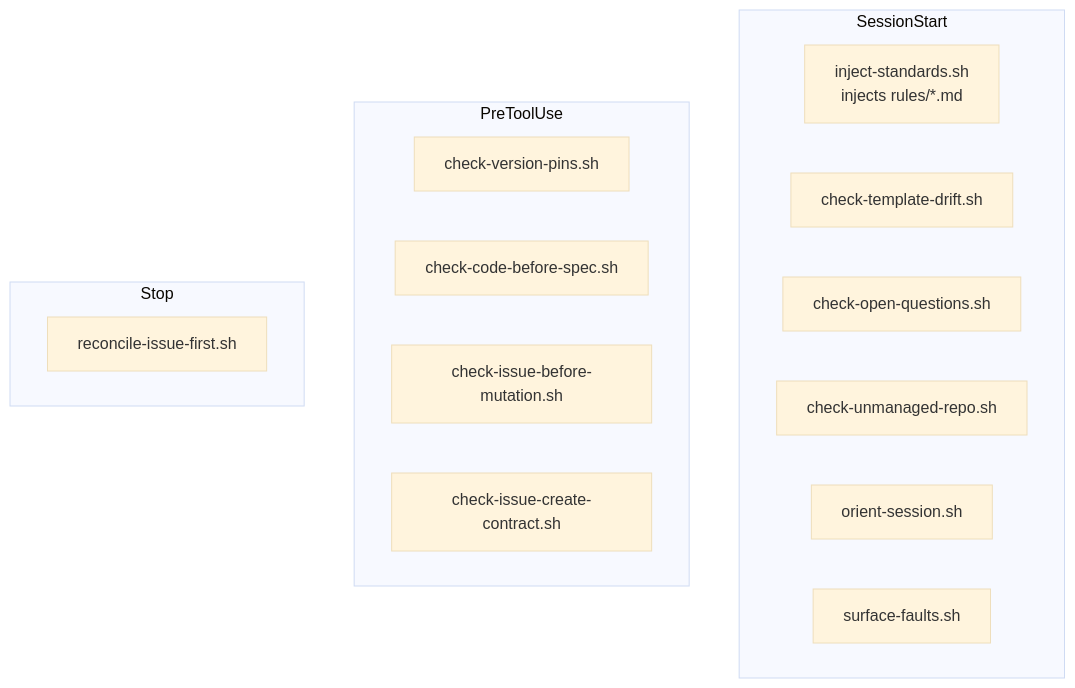
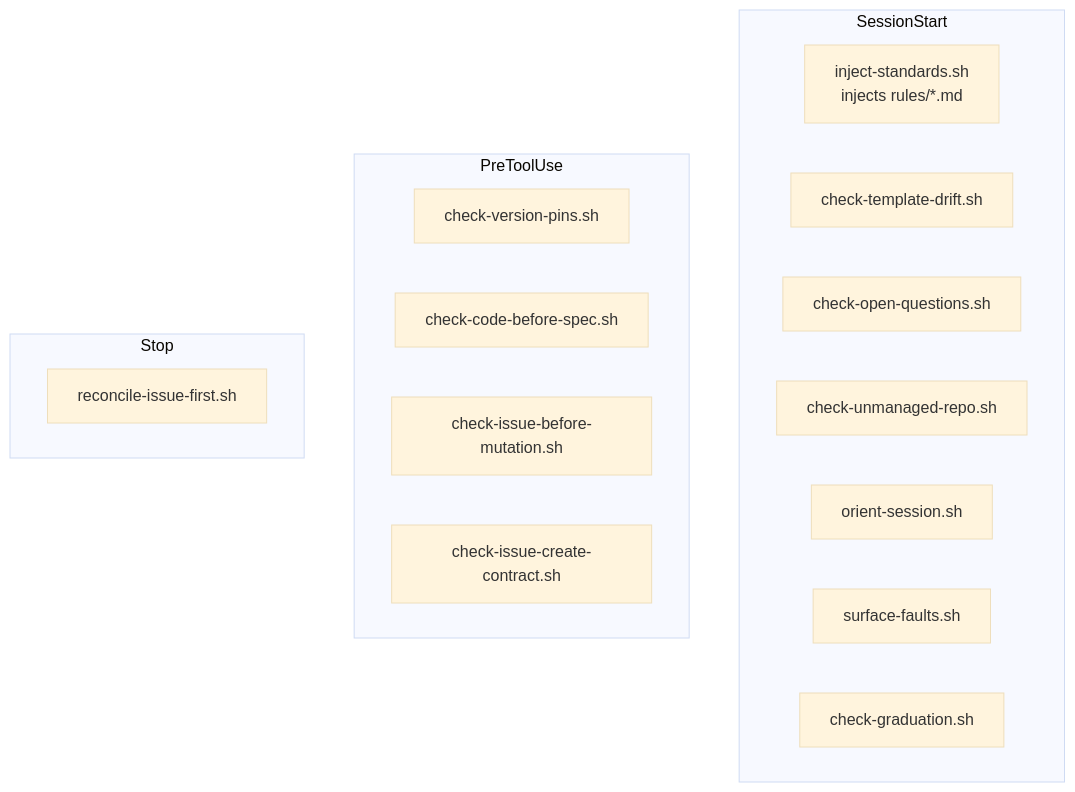
Before and after one commit to element22llc/e22-plugins: the diagram in docs/reference/hooks.md, drawn with Mermaid (base theme). The commit also changed other lines of this file and 11 other files, not shown here.

````diff
--- a/docs/reference/hooks.md
+++ b/docs/reference/hooks.md
@@ -21,20 +21,21 @@
 ```mermaid
 flowchart TD
     subgraph SessionStart
       inject[inject-standards.sh<br/>injects rules/*.md]
       drift[check-template-drift.sh]
       oq[check-open-questions.sh]
       unmanaged[check-unmanaged-repo.sh]
       orient[orient-session.sh]
       faults[surface-faults.sh]
+      grad[check-graduation.sh]
     end
     subgraph PreToolUse
       pins[check-version-pins.sh]
       cbs[check-code-before-spec.sh]
       ibm[check-issue-before-mutation.sh]
       icc[check-issue-create-contract.sh]
     end
     subgraph Stop
       reconcile[reconcile-issue-first.sh]
     end
 ```
````
